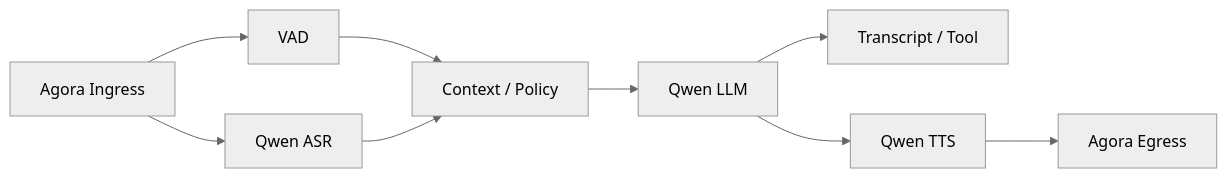
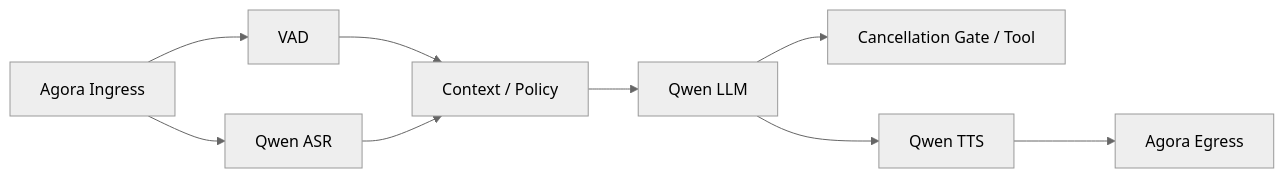
One commit to PiyotaHu/Voxa changed the second of 3 diagrams in docs/site/en/voice-architecture.md. Above: the diagram before and after it, drawn with Mermaid (neutral theme). The commit also changed other lines of this file and 67 other files, not shown here.

````diff
--- a/docs/site/en/voice-architecture.md
+++ b/docs/site/en/voice-architecture.md
@@ -30,11 +32,11 @@
 ```mermaid
 flowchart LR
     IN["Agora Ingress"] --> VAD["VAD"]
     IN --> ASR["Qwen ASR"]
     VAD --> FUSION["Context / Policy"]
     ASR --> FUSION
     FUSION --> LLM["Qwen LLM"]
-    LLM --> TEXT["Transcript / Tool"]
+    LLM --> TEXT["Cancellation Gate / Tool"]
     LLM --> TTS["Qwen TTS"]
     TTS --> OUT["Agora Egress"]
 ```
````
